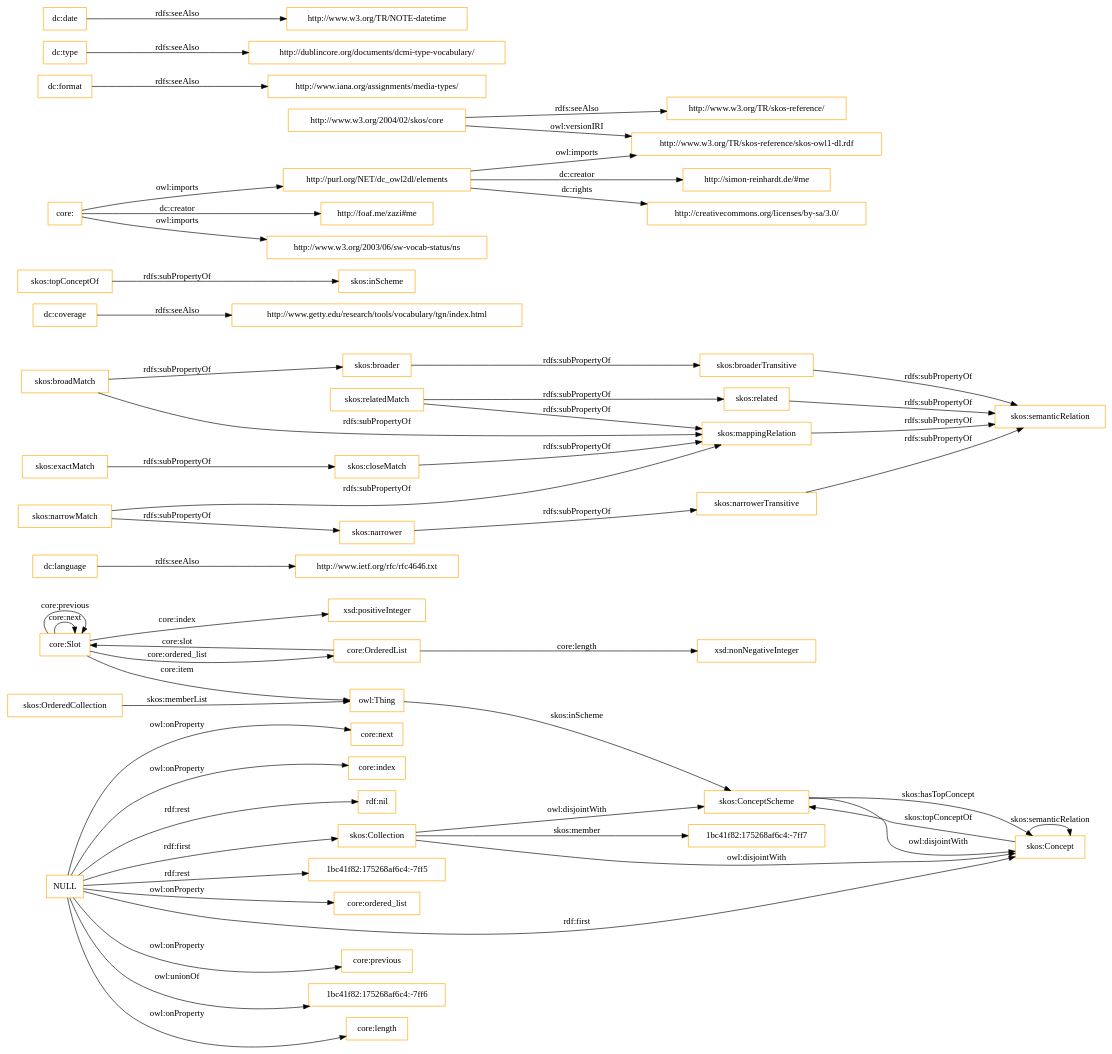
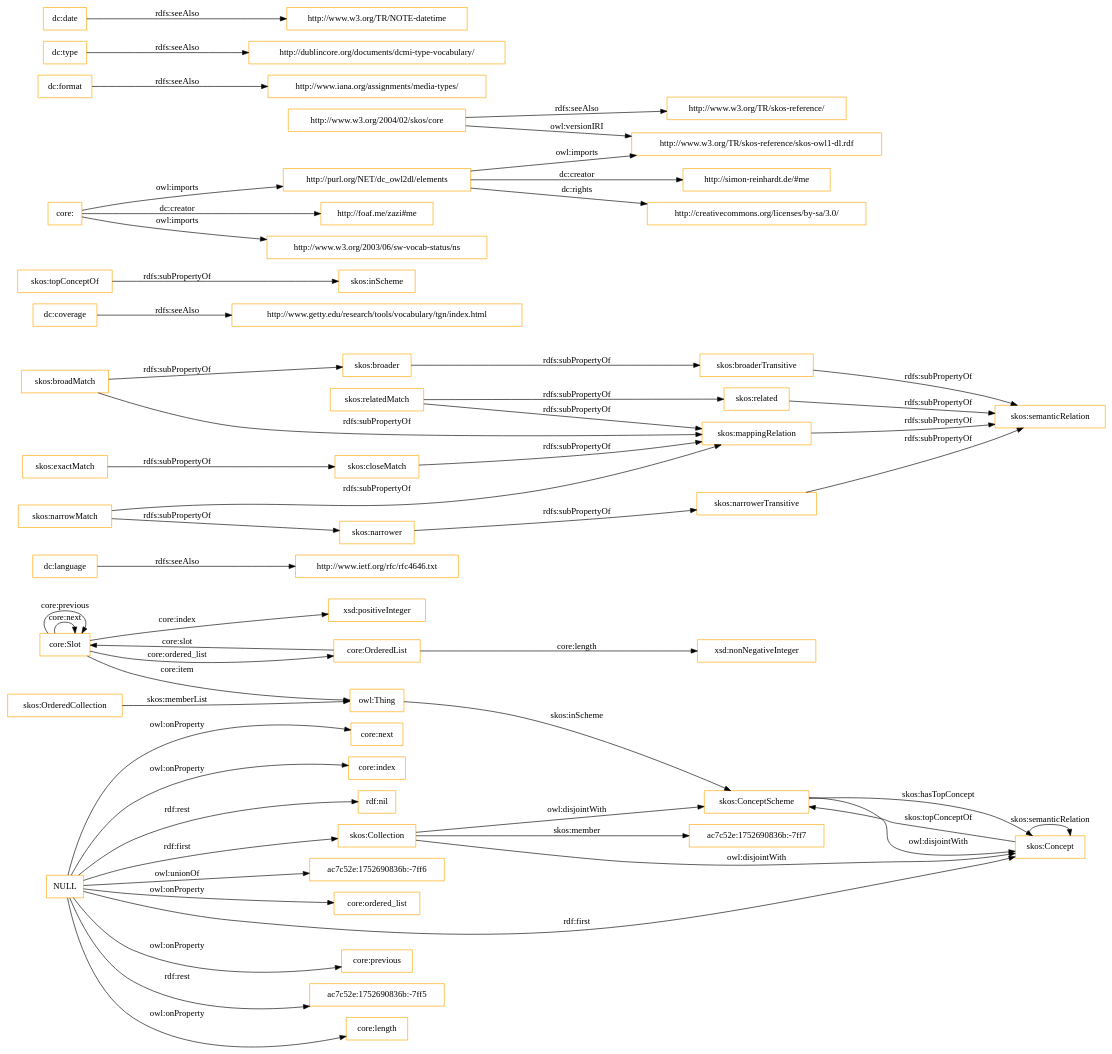
Before and after one commit to OnToologyUser/core-ontology-1: the diagram in OnToology/imports/core.owl/diagrams/ar2dtool-class/core.owl.png.dot, drawn with Graphviz. The commit also changed 14 other files, not shown here.

```diff
--- a/OnToology/imports/core.owl/diagrams/ar2dtool-class/core.owl.png.dot
+++ b/OnToology/imports/core.owl/diagrams/ar2dtool-class/core.owl.png.dot
@@ -1,60 +1,60 @@
 digraph ar2dtool_diagram { 
 rankdir=LR;
 size="1501"
-node [shape = rectangle, color="orange"]; "core:Slot" "core:OrderedList" "1bc41f82:175268af6c4:-7ff7" "skos:OrderedCollection" "skos:Collection" "skos:ConceptScheme" "skos:Concept" ; /*classes style*/
+node [shape = rectangle, color="orange"]; "core:Slot" "core:OrderedList" "ac7c52e:1752690836b:-7ff7" "skos:OrderedCollection" "skos:Collection" "skos:ConceptScheme" "skos:Concept" ; /*classes style*/
 	"dc:language" -> "http://www.ietf.org/rfc/rfc4646.txt" [ label = "rdfs:seeAlso" ];
 	"NULL" -> "core:previous" [ label = "owl:onProperty" ];
-	"NULL" -> "1bc41f82:175268af6c4:-7ff6" [ label = "owl:unionOf" ];
+	"NULL" -> "ac7c52e:1752690836b:-7ff5" [ label = "rdf:rest" ];
 	"NULL" -> "core:length" [ label = "owl:onProperty" ];
 	"NULL" -> "skos:Concept" [ label = "rdf:first" ];
 	"NULL" -> "core:next" [ label = "owl:onProperty" ];
 	"NULL" -> "core:index" [ label = "owl:onProperty" ];
 	"NULL" -> "rdf:nil" [ label = "rdf:rest" ];
-	"NULL" -> "1bc41f82:175268af6c4:-7ff5" [ label = "rdf:rest" ];
+	"NULL" -> "ac7c52e:1752690836b:-7ff6" [ label = "owl:unionOf" ];
 	"NULL" -> "core:ordered_list" [ label = "owl:onProperty" ];
 	"NULL" -> "skos:Collection" [ label = "rdf:first" ];
 	"skos:closeMatch" -> "skos:mappingRelation" [ label = "rdfs:subPropertyOf" ];
 	"dc:coverage" -> "http://www.getty.edu/research/tools/vocabulary/tgn/index.html" [ label = "rdfs:seeAlso" ];
 	"skos:relatedMatch" -> "skos:related" [ label = "rdfs:subPropertyOf" ];
 	"skos:relatedMatch" -> "skos:mappingRelation" [ label = "rdfs:subPropertyOf" ];
 	"skos:ConceptScheme" -> "skos:Concept" [ label = "owl:disjointWith" ];
 	"skos:related" -> "skos:semanticRelation" [ label = "rdfs:subPropertyOf" ];
 	"skos:topConceptOf" -> "skos:inScheme" [ label = "rdfs:subPropertyOf" ];
 	"skos:broadMatch" -> "skos:broader" [ label = "rdfs:subPropertyOf" ];
 	"skos:broadMatch" -> "skos:mappingRelation" [ label = "rdfs:subPropertyOf" ];
 	"http://purl.org/NET/dc_owl2dl/elements" -> "http://www.w3.org/TR/skos-reference/skos-owl1-dl.rdf" [ label = "owl:imports" ];
 	"http://purl.org/NET/dc_owl2dl/elements" -> "http://creativecommons.org/licenses/by-sa/3.0/" [ label = "dc:rights" ];
 	"http://purl.org/NET/dc_owl2dl/elements" -> "http://simon-reinhardt.de/#me" [ label = "dc:creator" ];
 	"skos:exactMatch" -> "skos:closeMatch" [ label = "rdfs:subPropertyOf" ];
 	"dc:format" -> "http://www.iana.org/assignments/media-types/" [ label = "rdfs:seeAlso" ];
 	"core:" -> "http://foaf.me/zazi#me" [ label = "dc:creator" ];
 	"core:" -> "http://www.w3.org/2003/06/sw-vocab-status/ns" [ label = "owl:imports" ];
 	"core:" -> "http://purl.org/NET/dc_owl2dl/elements" [ label = "owl:imports" ];
 	"skos:broaderTransitive" -> "skos:semanticRelation" [ label = "rdfs:subPropertyOf" ];
 	"skos:mappingRelation" -> "skos:semanticRelation" [ label = "rdfs:subPropertyOf" ];
 	"skos:broader" -> "skos:broaderTransitive" [ label = "rdfs:subPropertyOf" ];
 	"dc:type" -> "http://dublincore.org/documents/dcmi-type-vocabulary/" [ label = "rdfs:seeAlso" ];
 	"http://www.w3.org/2004/02/skos/core" -> "http://www.w3.org/TR/skos-reference/skos-owl1-dl.rdf" [ label = "owl:versionIRI" ];
 	"http://www.w3.org/2004/02/skos/core" -> "http://www.w3.org/TR/skos-reference/" [ label = "rdfs:seeAlso" ];
 	"skos:Collection" -> "skos:ConceptScheme" [ label = "owl:disjointWith" ];
 	"skos:Collection" -> "skos:Concept" [ label = "owl:disjointWith" ];
 	"skos:narrowMatch" -> "skos:narrower" [ label = "rdfs:subPropertyOf" ];
 	"skos:narrowMatch" -> "skos:mappingRelation" [ label = "rdfs:subPropertyOf" ];
 	"skos:narrower" -> "skos:narrowerTransitive" [ label = "rdfs:subPropertyOf" ];
 	"dc:date" -> "http://www.w3.org/TR/NOTE-datetime" [ label = "rdfs:seeAlso" ];
 	"skos:narrowerTransitive" -> "skos:semanticRelation" [ label = "rdfs:subPropertyOf" ];
 	"core:Slot" -> "xsd:positiveInteger" [ label = "core:index" ];
 	"skos:Concept" -> "skos:ConceptScheme" [ label = "skos:topConceptOf" ];
 	"core:Slot" -> "owl:Thing" [ label = "core:item" ];
 	"core:OrderedList" -> "xsd:nonNegativeInteger" [ label = "core:length" ];
 	"core:OrderedList" -> "core:Slot" [ label = "core:slot" ];
-	"skos:Collection" -> "1bc41f82:175268af6c4:-7ff7" [ label = "skos:member" ];
+	"skos:Collection" -> "ac7c52e:1752690836b:-7ff7" [ label = "skos:member" ];
 	"core:Slot" -> "core:Slot" [ label = "core:next" ];
 	"skos:ConceptScheme" -> "skos:Concept" [ label = "skos:hasTopConcept" ];
 	"owl:Thing" -> "skos:ConceptScheme" [ label = "skos:inScheme" ];
 	"core:Slot" -> "core:Slot" [ label = "core:previous" ];
 	"skos:OrderedCollection" -> "owl:Thing" [ label = "skos:memberList" ];
 	"skos:Concept" -> "skos:Concept" [ label = "skos:semanticRelation" ];
 	"core:Slot" -> "core:OrderedList" [ label = "core:ordered_list" ];
 
 }
```
